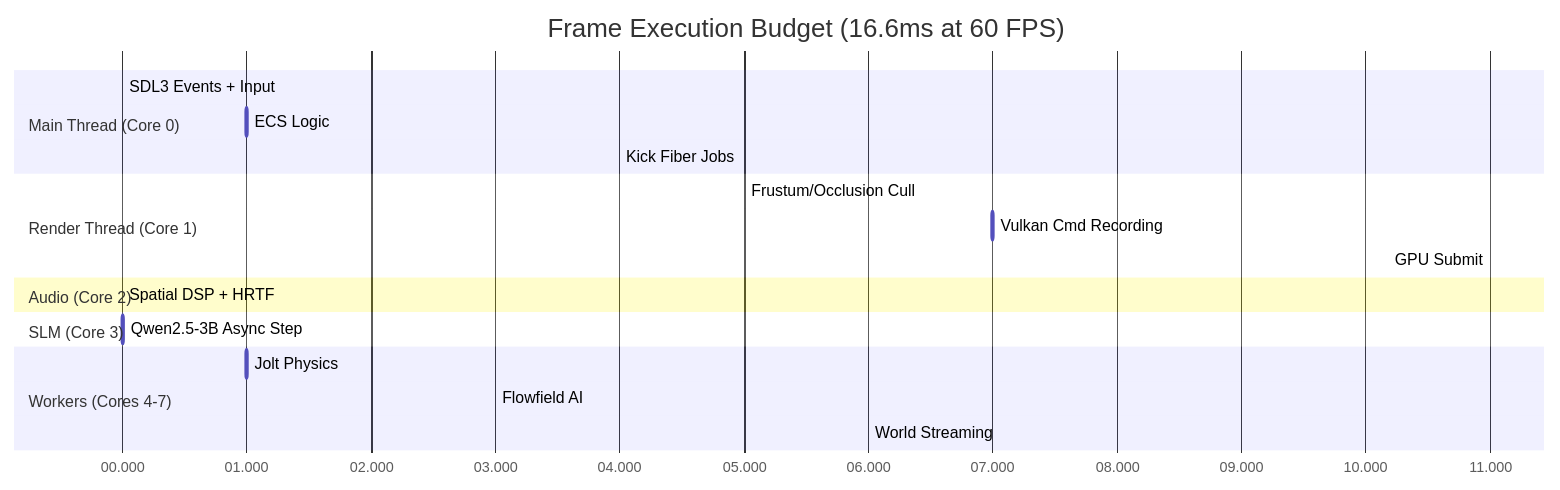
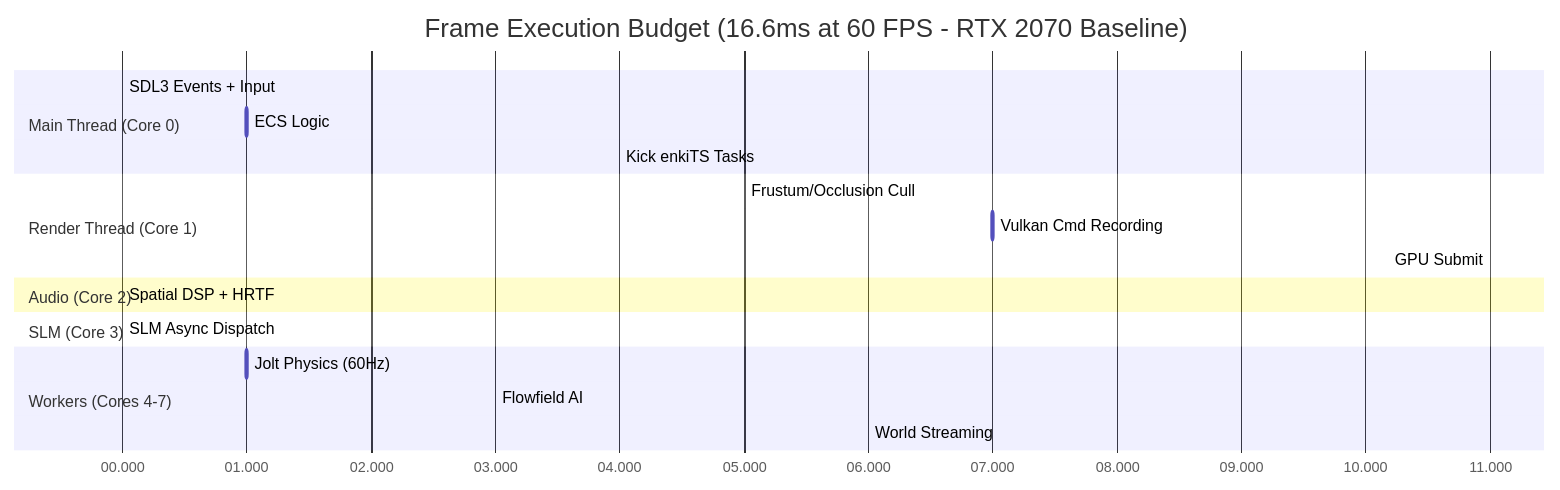
One commit to Bonbrake/Engine changed the second of 3 diagrams in docs/plans/ZOMBIE_ENGINE_MASTER_REFACTOR_PLAN_v8.0.md. Above: the diagram before and after it, drawn with Mermaid. The commit also changed other lines of this file and 3 other files, not shown here.

Commit message:
docs(plan,spec): harden v8.0 master refactor plan for RTX 2070 baseline and RTX 2060 30fps target

````diff
--- a/docs/plans/ZOMBIE_ENGINE_MASTER_REFACTOR_PLAN_v8.0.md
+++ b/docs/plans/ZOMBIE_ENGINE_MASTER_REFACTOR_PLAN_v8.0.md
@@ -96,22 +98,22 @@
 ```mermaid
 gantt
-    title Frame Execution Budget (16.6ms at 60 FPS)
+    title Frame Execution Budget (16.6ms at 60 FPS - RTX 2070 Baseline)
     dateFormat s
     axisFormat %S.%L
     section Main Thread (Core 0)
     SDL3 Events + Input     : 0, 1ms
     ECS Logic               : 1, 3ms
-    Kick Fiber Jobs         : 4, 1ms
+    Kick enkiTS Tasks       : 4, 1ms
     section Render Thread (Core 1)
     Frustum/Occlusion Cull  : 5, 2ms
     Vulkan Cmd Recording    : 7, 4ms
     GPU Submit              : 11, 2ms
     section Audio (Core 2)
     Spatial DSP + HRTF      : 0, 4ms
     section SLM (Core 3)
-    Qwen2.5-3B Async Step   : 0, 16ms
+    SLM Async Dispatch      : 0, 1ms
     section Workers (Cores 4-7)
-    Jolt Physics             : 1, 3ms
-    Flowfield AI             : 3, 2ms
-    World Streaming          : 6, 2ms
+    Jolt Physics (60Hz)     : 1, 3ms
+    Flowfield AI            : 3, 2ms
+    World Streaming         : 6, 2ms
 ```
````
